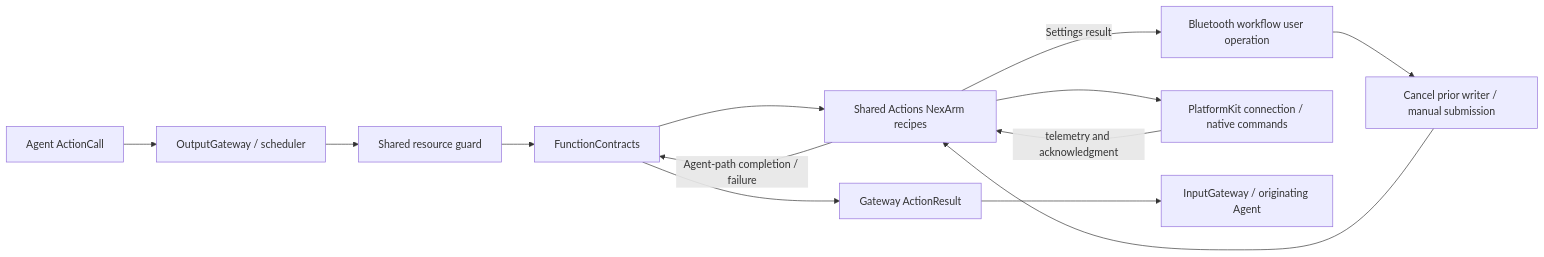
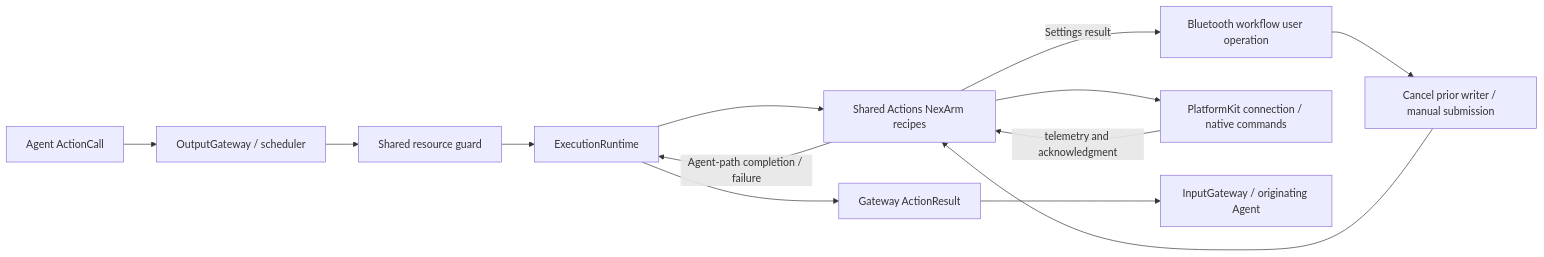
Diagram 22 of 33 in MobileHarness/README.md (devilyouwei/MobileHarness), drawn with Mermaid before and after one commit. The commit also changed other lines of this file and 116 other files, not shown here.

````diff
--- a/MobileHarness/README.md
+++ b/MobileHarness/README.md
@@ -881,15 +1206,15 @@
 ```mermaid
 flowchart LR
     Agent[Agent ActionCall] --> Gateway[OutputGateway / scheduler]
     Gateway --> AgentFence[Shared resource guard]
-    AgentFence --> Runtime[FunctionContracts]
+    AgentFence --> Runtime[ExecutionRuntime]
     Runtime --> Actions
     Settings[Bluetooth workflow user operation] --> Manual[Cancel prior writer / manual submission]
     Manual --> Actions[Shared Actions NexArm recipes]
     Actions --> Platform[PlatformKit connection / native commands]
     Platform -->|telemetry and acknowledgment| Actions
     Actions -->|Agent-path completion / failure| Runtime
     Actions -->|Settings result| Settings
     Runtime --> Results[Gateway ActionResult]
     Results --> Input[InputGateway / originating Agent]
 ```
````
